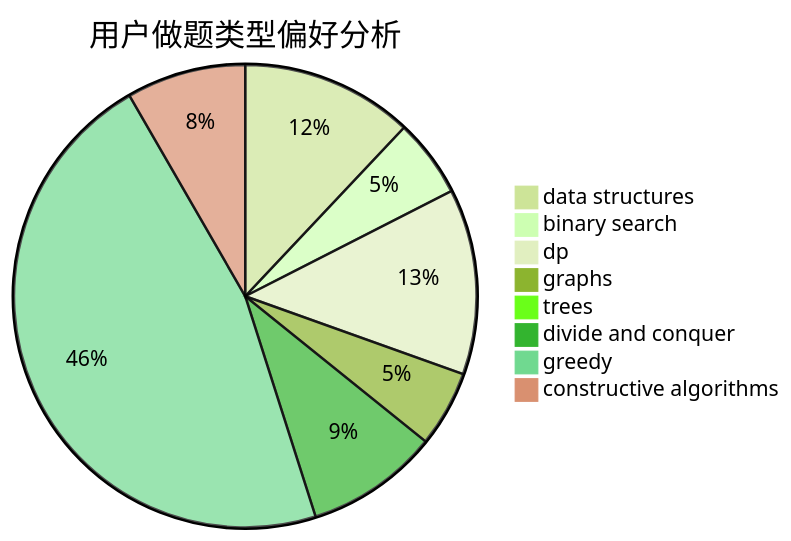
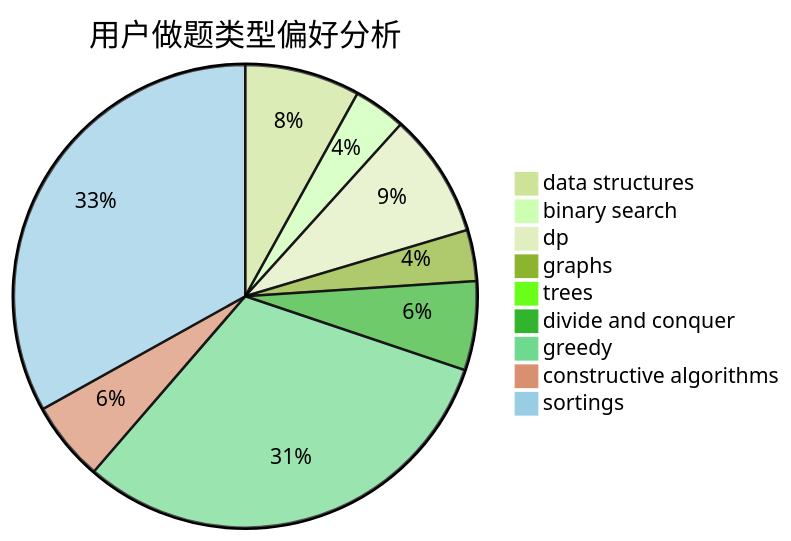
The second of 3 diagrams in docs/user/u501.md (sherpahu/cfrs.github.io), drawn with Mermaid (forest theme) before and after one commit. The commit also changed other lines of this file and 2769 other files, not shown here.

````diff
--- a/docs/user/u501.md
+++ b/docs/user/u501.md
@@ -23,11 +18,12 @@
 ```mermaid
 pie title 用户做题类型偏好分析
     "data structures" :  88
     "binary search" :  40
     "dp" :  95
     "graphs" :  39
     "trees" :  2
     "divide and conquer" :  68
     "greedy" :  341
     "constructive algorithms" :  61
+    "sortings" :  362
 ```
````
